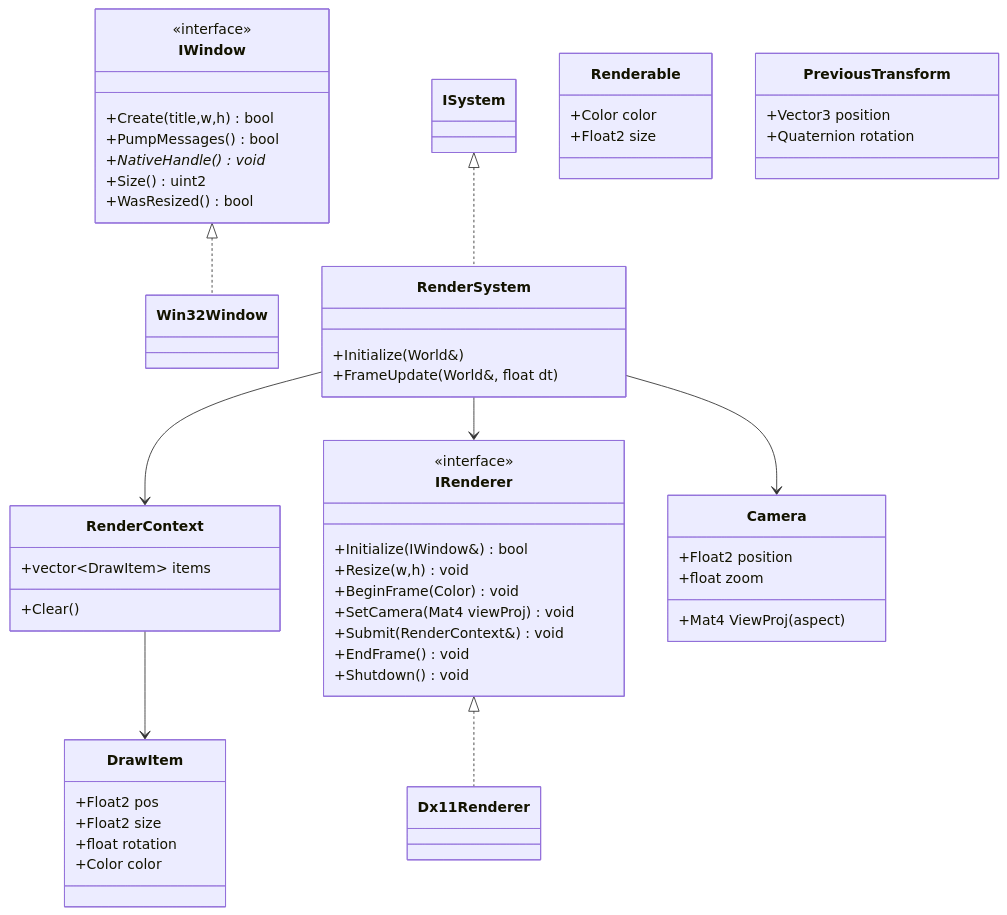
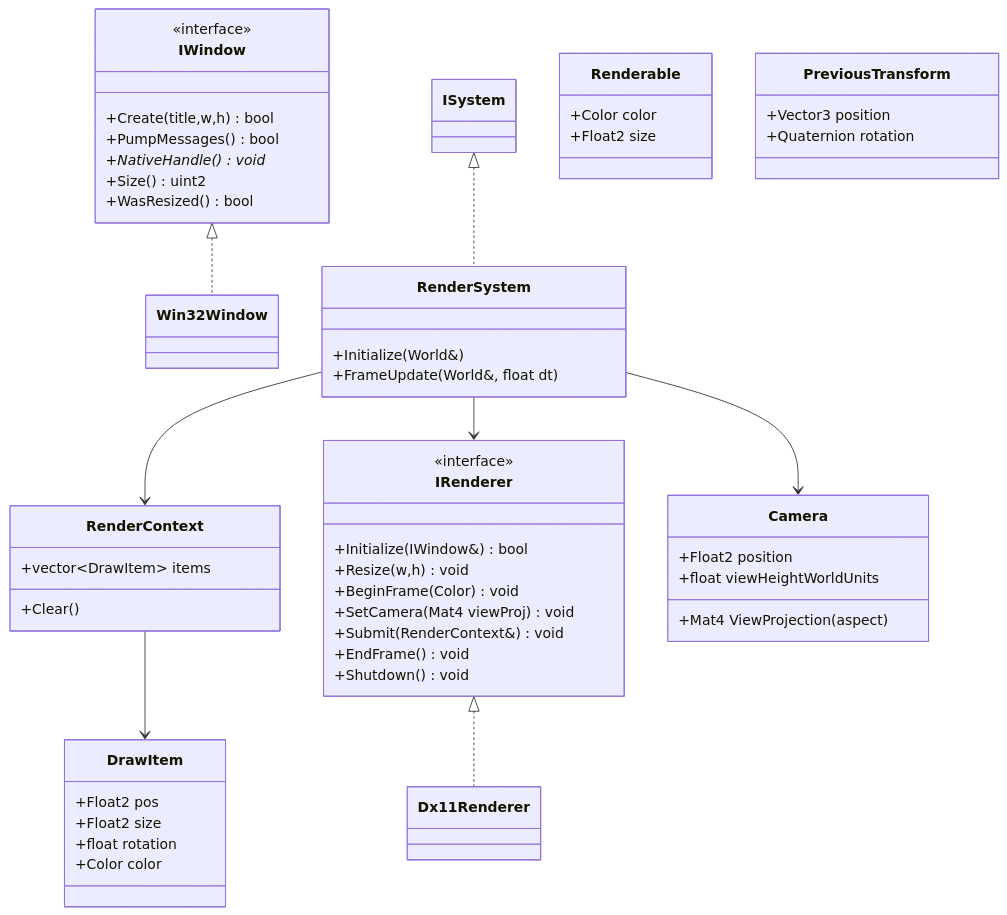
One commit to J0nJAr/ECSFactory changed the second of 5 diagrams in docs/design/rendering-dx11.md. Above: the diagram before and after it, drawn with Mermaid. The commit also changed other lines of this file and 10 other files, not shown here.

````diff
--- a/docs/design/rendering-dx11.md
+++ b/docs/design/rendering-dx11.md
@@ -58,62 +58,62 @@
 ```mermaid
 classDiagram
     class IWindow {
         <<interface>>
         +Create(title,w,h) bool
         +PumpMessages() bool
         +NativeHandle() void*
         +Size() uint2
         +WasResized() bool
     }
     class Win32Window
     IWindow <|.. Win32Window
 
     class IRenderer {
         <<interface>>
         +Initialize(IWindow&) bool
         +Resize(w,h) void
         +BeginFrame(Color) void
         +SetCamera(Mat4 viewProj) void
         +Submit(RenderContext&) void
         +EndFrame() void
         +Shutdown() void
     }
     class Dx11Renderer
     IRenderer <|.. Dx11Renderer
 
     class RenderSystem {
         +Initialize(World&)
         +FrameUpdate(World&, float dt)
     }
     class ISystem
     ISystem <|.. RenderSystem
 
     class RenderContext {
         +vector~DrawItem~ items
         +Clear()
     }
     class DrawItem {
         +Float2 pos
         +Float2 size
         +float rotation
         +Color color
     }
     class Renderable {
         +Color color
         +Float2 size
     }
     class Camera {
         +Float2 position
-        +float zoom
-        +Mat4 ViewProj(aspect)
+        +float viewHeightWorldUnits
+        +Mat4 ViewProjection(aspect)
     }
     class PreviousTransform {
         +Vector3 position
         +Quaternion rotation
     }
 
     RenderSystem --> RenderContext
     RenderSystem --> IRenderer
     RenderSystem --> Camera
     RenderContext --> DrawItem
 ```
````
